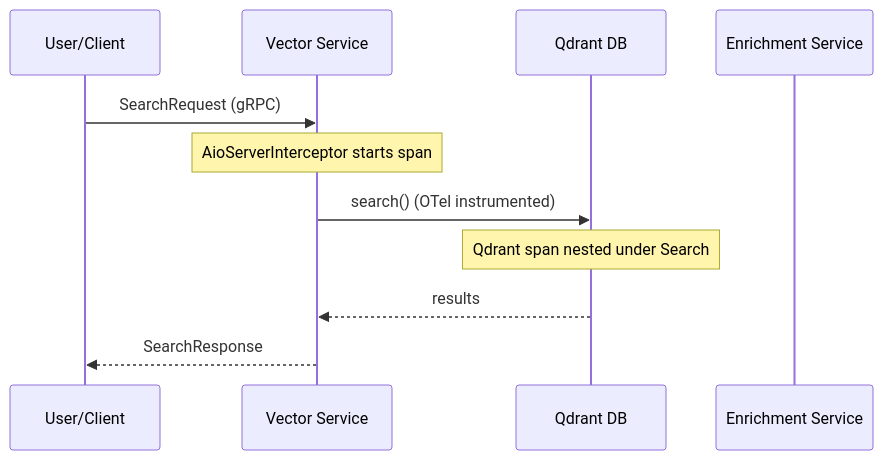
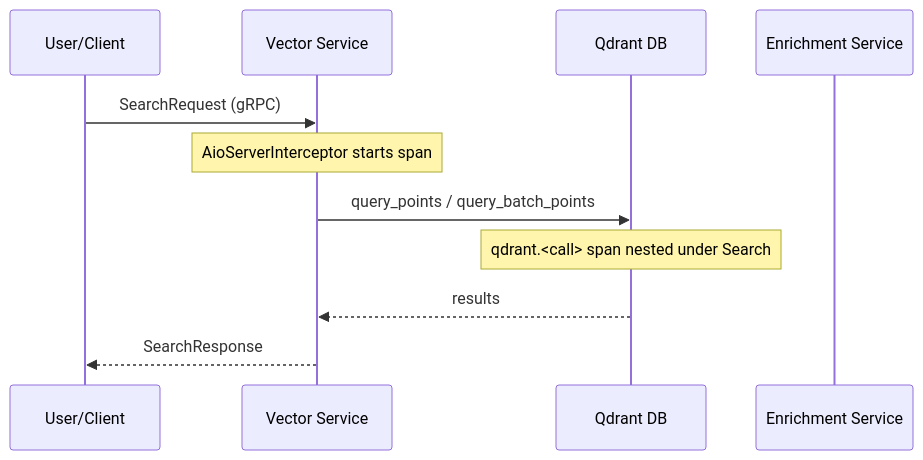
The diagram in docs/observability.md (adnanaq/echora), drawn with Mermaid before and after one commit. The commit also changed other lines of this file, not shown here.

Commit message:
docs(observability): describe Qdrant spans and the new metrics

````diff
--- a/docs/observability.md
+++ b/docs/observability.md
@@ -94,14 +94,14 @@
 ```mermaid
 sequenceDiagram
     participant U as User/Client
     participant V as Vector Service
     participant Q as Qdrant DB
     participant E as Enrichment Service
 
     U->>V: SearchRequest (gRPC)
     Note over V: AioServerInterceptor starts span
-    V->>Q: search() (OTel instrumented)
-    Note over Q: Qdrant span nested under Search
+    V->>Q: query_points / query_batch_points
+    Note over Q: qdrant.<call> span nested under Search
     Q-->>V: results
     V-->>U: SearchResponse
 ```
````
